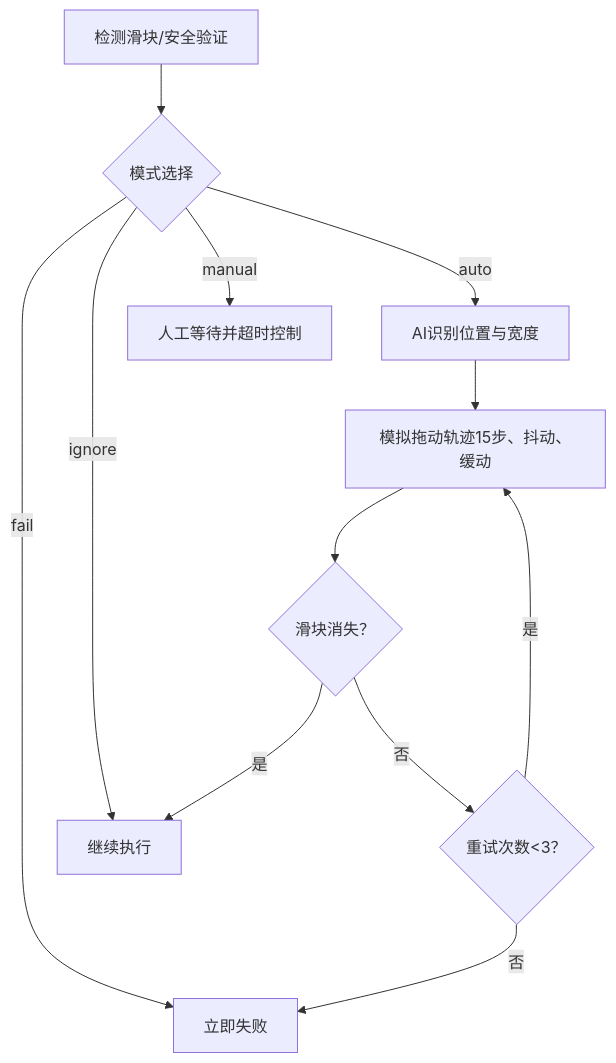
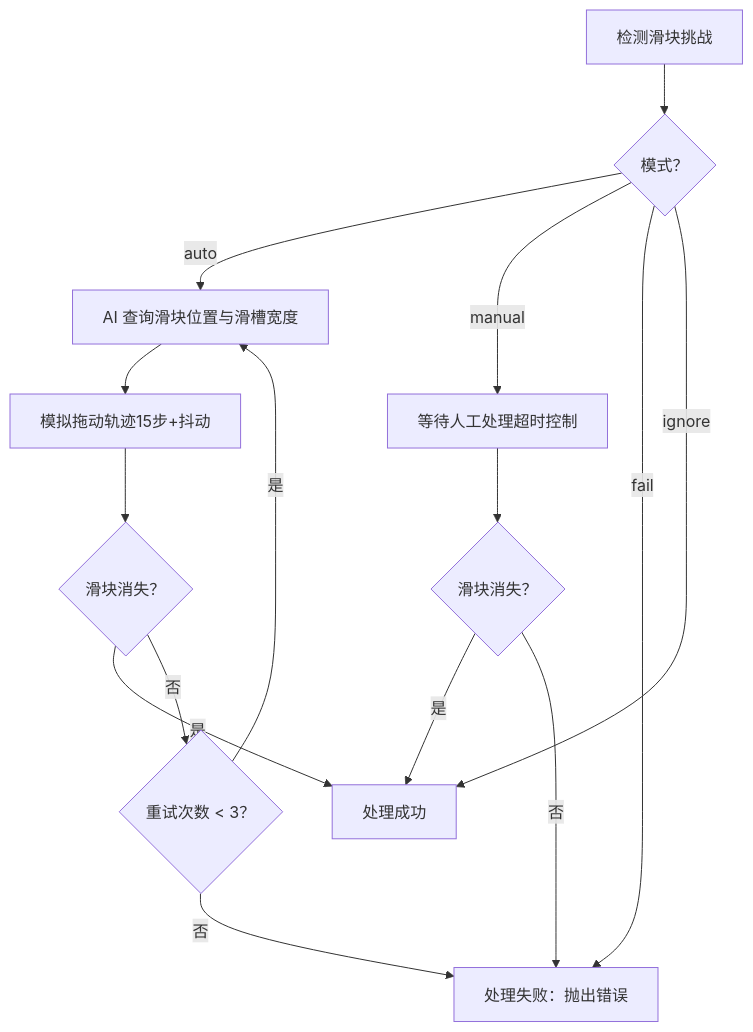
The fourth of 6 diagrams in .qoder/repowiki/zh/content/项目概述.md (Jiane-EJ/playwright-mind), drawn with Mermaid before and after one commit. The commit also changed other lines of this file and 121 other files, not shown here.

````diff
--- a/.qoder/repowiki/zh/content/项目概述.md
+++ b/.qoder/repowiki/zh/content/项目概述.md
@@ -248,14 +212,17 @@
 ```mermaid
 flowchart TD
-Detect["检测滑块/安全验证"] --> Mode{"模式选择"}
-Mode --> |fail| Fail["立即失败"]
-Mode --> |ignore| Continue["继续执行"]
-Mode --> |manual| Wait["人工等待并超时控制"]
-Mode --> |auto| Auto["AI识别位置与宽度"]
-Auto --> Drag["模拟拖动轨迹15步、抖动、缓动"]
+Detect["检测滑块挑战"] --> Mode{"模式？"}
+Mode --> |auto| Query["AI 查询滑块位置与滑槽宽度"]
+Query --> Drag["模拟拖动轨迹15步+抖动"]
 Drag --> Verify{"滑块消失？"}
-Verify --> |是| Continue
-Verify --> |否| Retry{"重试次数<3？"}
-Retry --> |是| Drag
-Retry --> |否| Fail
+Verify --> |是| Done["处理成功"]
+Verify --> |否| Retry{"重试次数 < 3？"}
+Retry --> |是| Query
+Retry --> |否| Fail["处理失败：抛出错误"]
+Mode --> |manual| Wait["等待人工处理超时控制"]
+Wait --> ManualDone{"滑块消失？"}
+ManualDone --> |是| Done
+ManualDone --> |否| Fail
+Mode --> |fail| Fail
+Mode --> |ignore| Done
 ```
````
